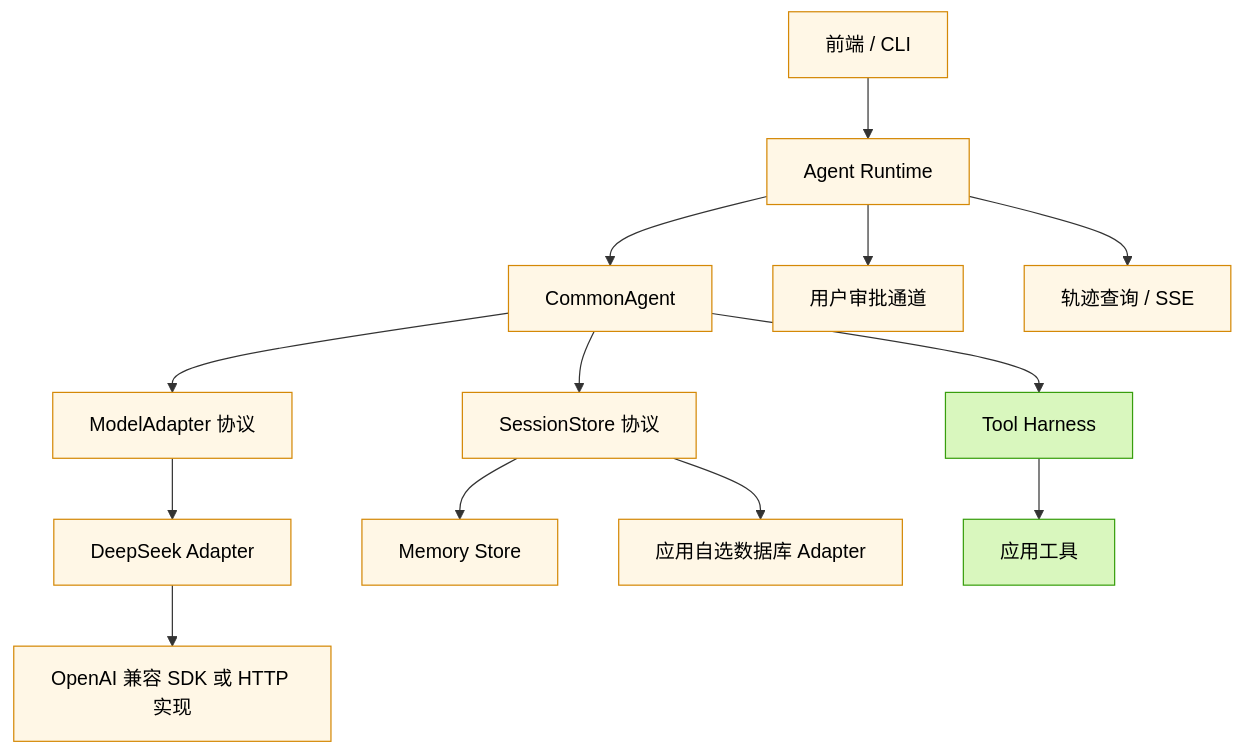
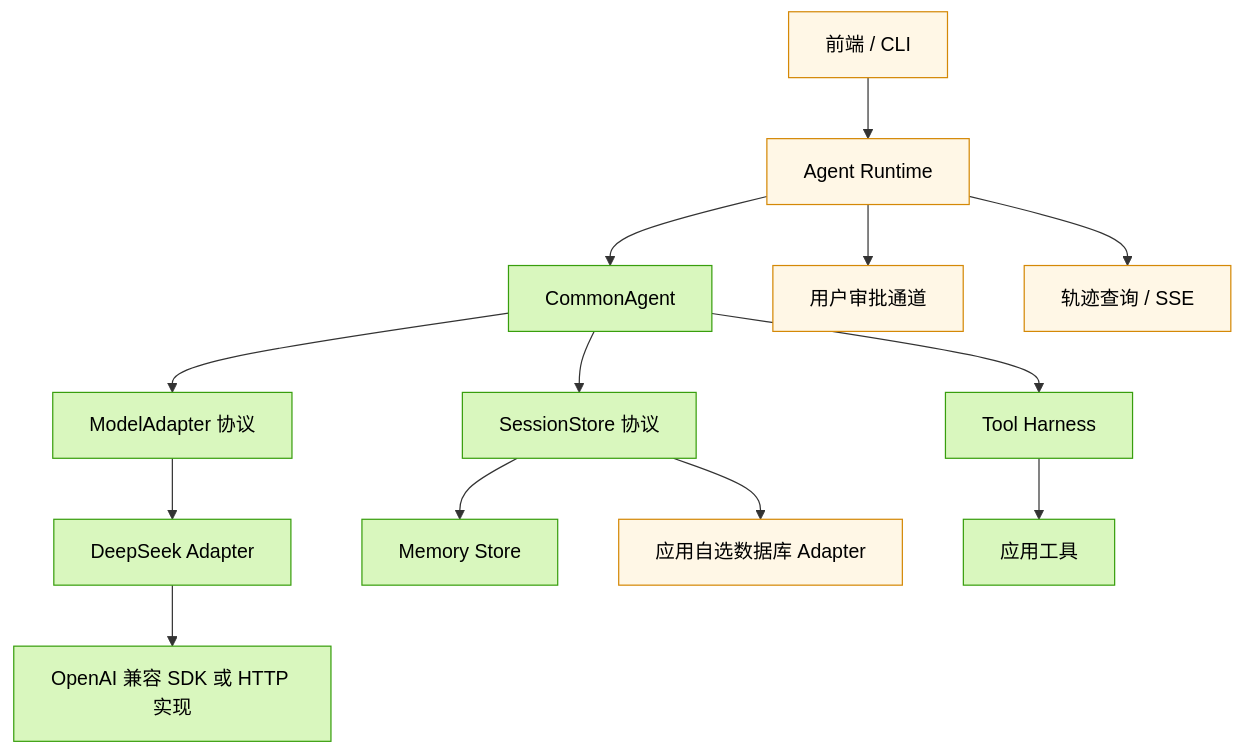
One commit to AlbertE1990/crafteHarness changed the first of 9 diagrams in docs/learning/tool-harness.md. Above: the diagram before and after it, drawn with Mermaid. The commit also changed other lines of this file and 38 other files, not shown here.

Commit message:
Complete Session Log and Agent Loop

````diff
--- a/docs/learning/tool-harness.md
+++ b/docs/learning/tool-harness.md
@@ -33,22 +33,22 @@
 ```mermaid
 flowchart TB
   UI[前端 / CLI] --> Runtime[Agent Runtime]
   Runtime --> Agent[CommonAgent]
   Runtime --> Approval[用户审批通道]
   Runtime --> TraceUI[轨迹查询 / SSE]
 
   Agent --> ModelPort[ModelAdapter 协议]
   Agent --> ToolHarness[Tool Harness]
   Agent --> SessionPort[SessionStore 协议]
 
   ModelPort --> DeepSeek[DeepSeek Adapter]
   DeepSeek --> SDK[OpenAI 兼容 SDK 或 HTTP 实现]
   SessionPort --> Memory[Memory Store]
   SessionPort --> Database[应用自选数据库 Adapter]
   ToolHarness --> AppTools[应用工具]
 
   classDef current fill:#d9f7be,stroke:#389e0d,color:#000;
   classDef planned fill:#fff7e6,stroke:#d48806,color:#000;
-  class ToolHarness,AppTools current;
-  class UI,Runtime,Agent,Approval,TraceUI,ModelPort,SessionPort,DeepSeek,SDK,Memory,Database planned;
+  class ToolHarness,AppTools,Agent,ModelPort,SessionPort,DeepSeek,SDK,Memory current;
+  class UI,Runtime,Approval,TraceUI,Database planned;
 ```
````
